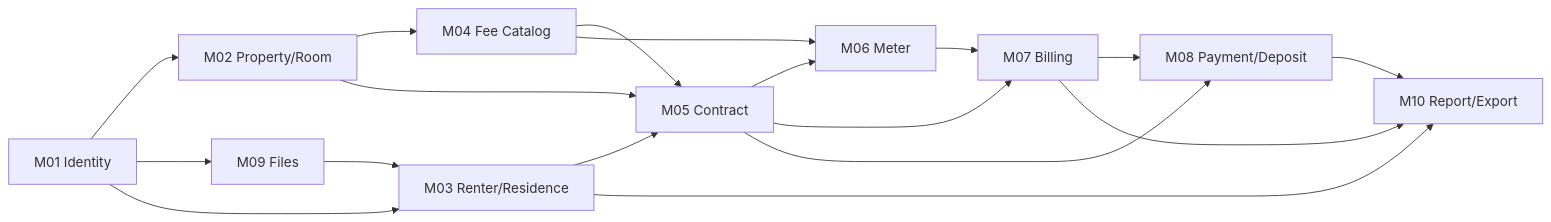
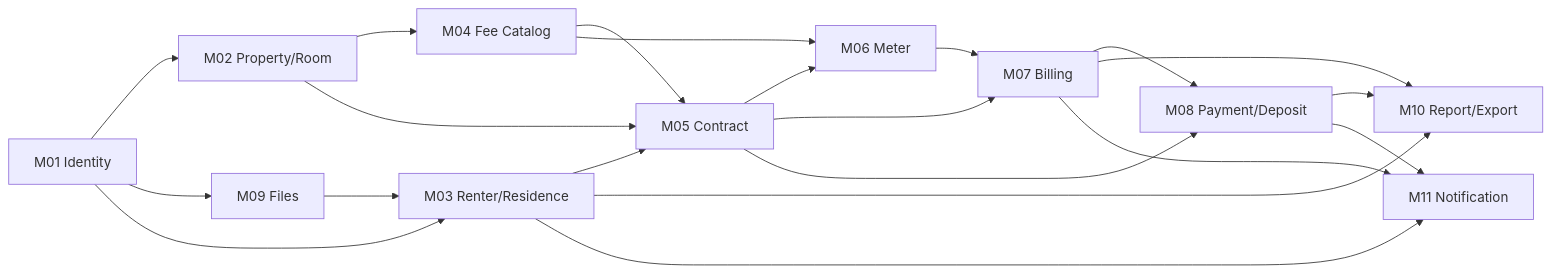
One commit to manhcuong922/renting-room changed the diagram in docs/plans/README.md. Above: the diagram before and after it, drawn with Mermaid. The commit also changed other lines of this file and 89 other files, not shown here.

````diff
--- a/docs/plans/README.md
+++ b/docs/plans/README.md
@@ -70,20 +71,23 @@
 ```mermaid
 flowchart LR
   M01[M01 Identity] --> M02[M02 Property/Room]
   M01 --> M09[M09 Files]
   M01 --> M03[M03 Renter/Residence]
   M09 --> M03
   M02 --> M04[M04 Fee Catalog]
   M02 --> M05[M05 Contract]
   M03 --> M05
   M04 --> M05
   M05 --> M06[M06 Meter]
   M04 --> M06
   M05 --> M07[M07 Billing]
   M06 --> M07
   M07 --> M08[M08 Payment/Deposit]
   M05 --> M08
   M07 --> M10[M10 Report/Export]
   M08 --> M10
   M03 --> M10
+  M07 --> M11[M11 Notification]
+  M08 --> M11
+  M03 --> M11
 ```
````
